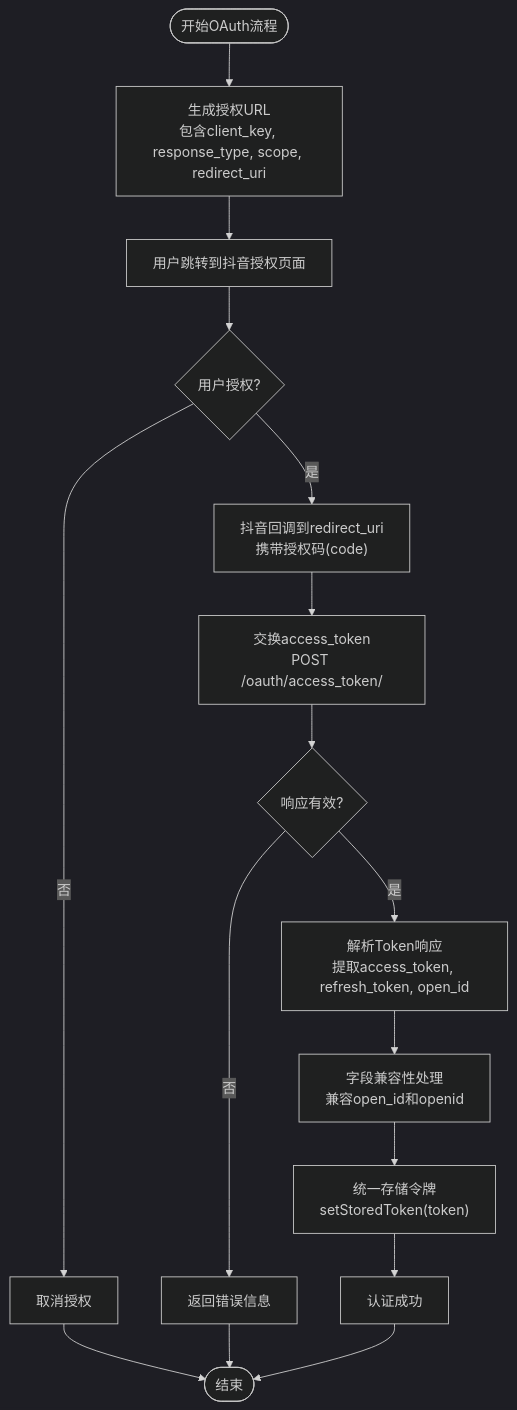
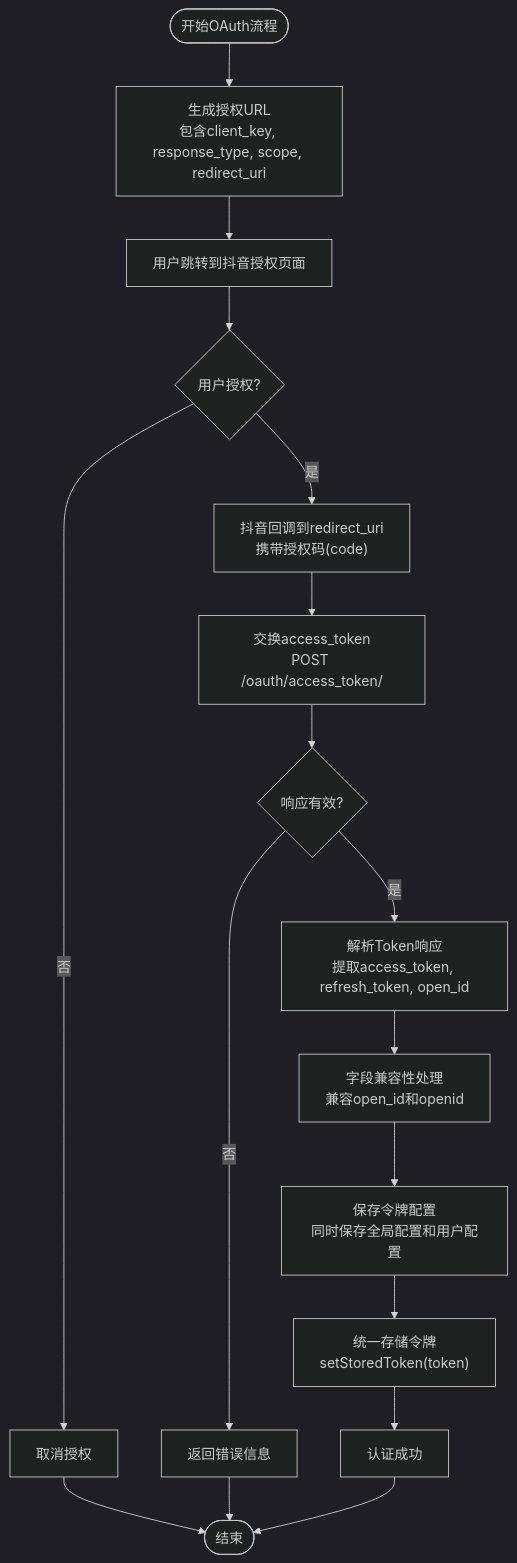
Before and after one commit to songdiyang/clawOperations: the fifth of 15 diagrams in .qoder/repowiki/zh/content/核心模块详解/认证模块/抖音OAuth集成.md, drawn with Mermaid (dark theme). The commit also changed other lines of this file and 6 other files, not shown here.

````diff
--- a/.qoder/repowiki/zh/content/核心模块详解/认证模块/抖音OAuth集成.md
+++ b/.qoder/repowiki/zh/content/核心模块详解/认证模块/抖音OAuth集成.md
@@ -303,18 +342,19 @@
 ```mermaid
 flowchart TD
 Start([开始OAuth流程]) --> GetURL["生成授权URL<br/>包含client_key, response_type, scope, redirect_uri"]
 GetURL --> Redirect["用户跳转到抖音授权页面"]
 Redirect --> UserAuth{"用户授权?"}
 UserAuth --> |否| Cancel["取消授权"]
 UserAuth --> |是| Callback["抖音回调到redirect_uri<br/>携带授权码(code)"]
 Callback --> Exchange["交换access_token<br/>POST /oauth/access_token/"]
 Exchange --> Validate{"响应有效?"}
 Validate --> |否| Error["返回错误信息"]
 Validate --> |是| Parse["解析Token响应<br/>提取access_token, refresh_token, open_id"]
 Parse --> Compat["字段兼容性处理<br/>兼容open_id和openid"]
-Compat --> Store["统一存储令牌<br/>setStoredToken(token)"]
+Compat --> SaveConfig["保存令牌配置<br/>同时保存全局配置和用户配置"]
+SaveConfig --> Store["统一存储令牌<br/>setStoredToken(token)"]
 Store --> Success["认证成功"]
 Cancel --> End([结束])
 Error --> End
 Success --> End
 ```
````
